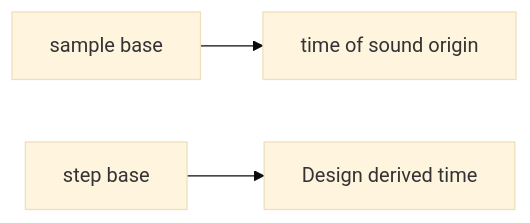
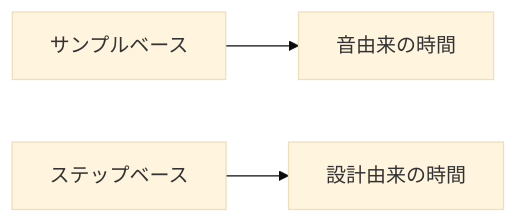
Before and after one commit to monumental-movement/monumental-movement.github.io: the third of 3 diagrams in en/_posts/2026-02-06-column-rhythm-programming.md, drawn with Mermaid (base theme). The commit also changed other lines of this file and 2196 other files, not shown here.

```diff
--- a/en/_posts/2026-02-06-column-rhythm-programming.md
+++ b/en/_posts/2026-02-06-column-rhythm-programming.md
@@ -279,5 +279,5 @@
 <div class="mermaid">
 flowchart LR
-A[sample base] --> C[time of sound origin]
-B[step base] --> D[Design derived time]
+A[サンプルベース] --> C[音由来の時間]
+B[ステップベース] --> D[設計由来の時間]
 </div>
```
